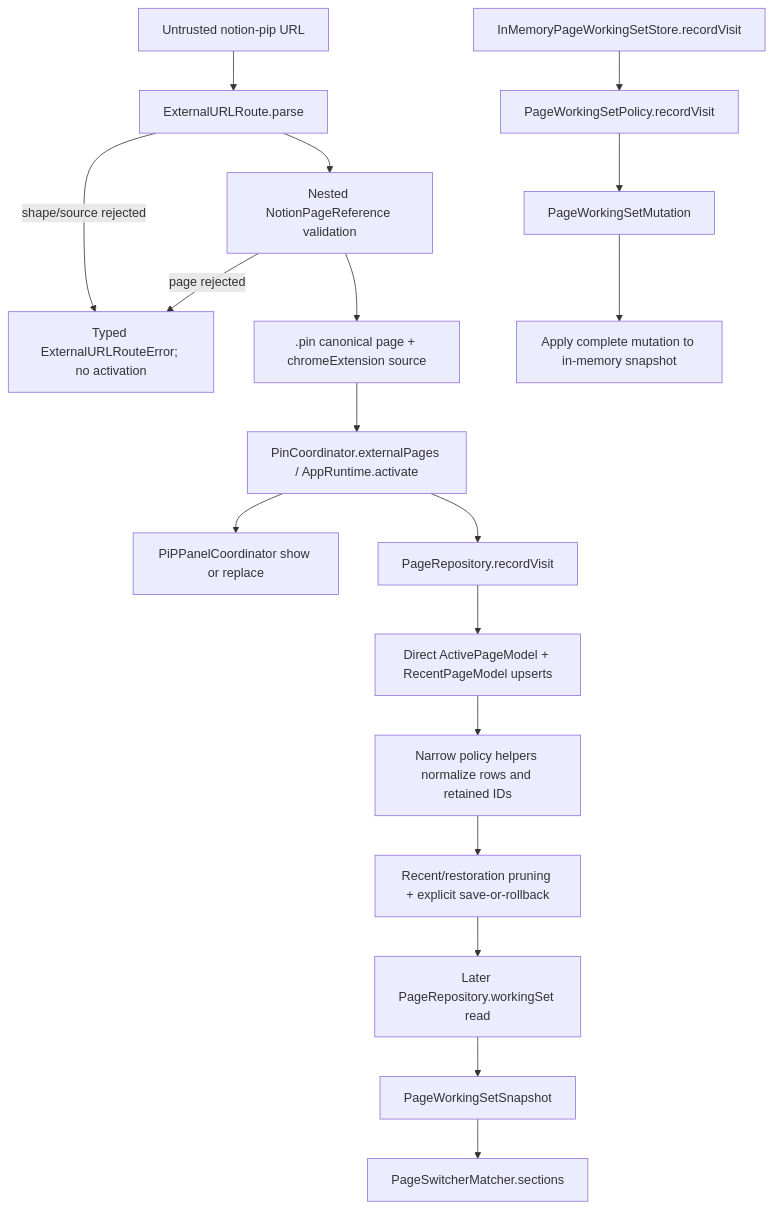
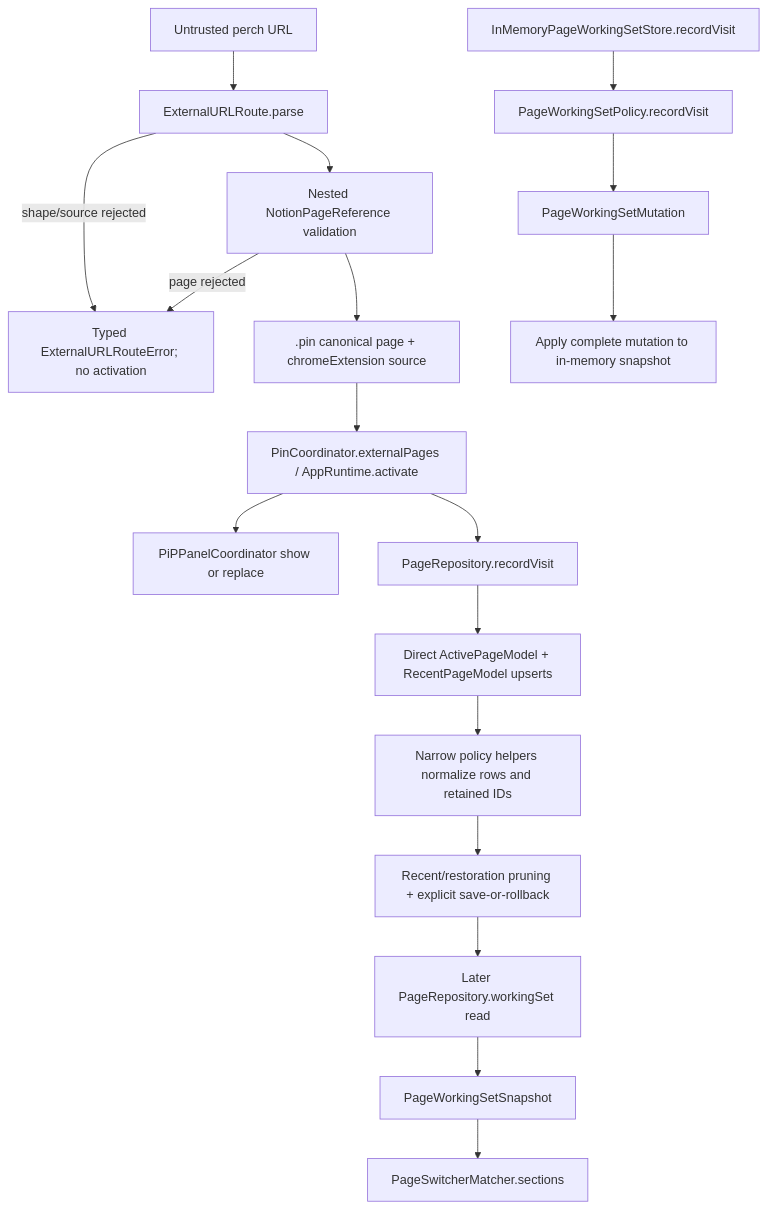
Before and after one commit to fantomsuj/notion-pip: the diagram in docs/course/07-domain-modeling-and-policies.md, drawn with Mermaid. The commit also changed other lines of this file and 321 other files, not shown here.

Commit message:
Rename Notion PiP to Perch

````diff
--- a/docs/course/07-domain-modeling-and-policies.md
+++ b/docs/course/07-domain-modeling-and-policies.md
@@ -386,21 +386,21 @@
 ```mermaid
 flowchart TD
-    A["Untrusted notion-pip URL"] --> B["ExternalURLRoute.parse"]
+    A["Untrusted perch URL"] --> B["ExternalURLRoute.parse"]
     B -->|shape/source rejected| X["Typed ExternalURLRouteError; no activation"]
     B --> C["Nested NotionPageReference validation"]
     C -->|page rejected| X
     C --> D[".pin canonical page + chromeExtension source"]
     D --> E["PinCoordinator.externalPages / AppRuntime.activate"]
     E --> F["PiPPanelCoordinator show or replace"]
     E --> G["PageRepository.recordVisit"]
     G --> H["Direct ActivePageModel + RecentPageModel upserts"]
     H --> I["Narrow policy helpers normalize rows and retained IDs"]
     I --> J["Recent/restoration pruning + explicit save-or-rollback"]
     J --> K["Later PageRepository.workingSet read"]
     K --> L["PageWorkingSetSnapshot"]
     L --> M["PageSwitcherMatcher.sections"]
 
     N["InMemoryPageWorkingSetStore.recordVisit"] --> O["PageWorkingSetPolicy.recordVisit"]
     O --> P["PageWorkingSetMutation"]
     P --> Q["Apply complete mutation to in-memory snapshot"]
 ```
````
